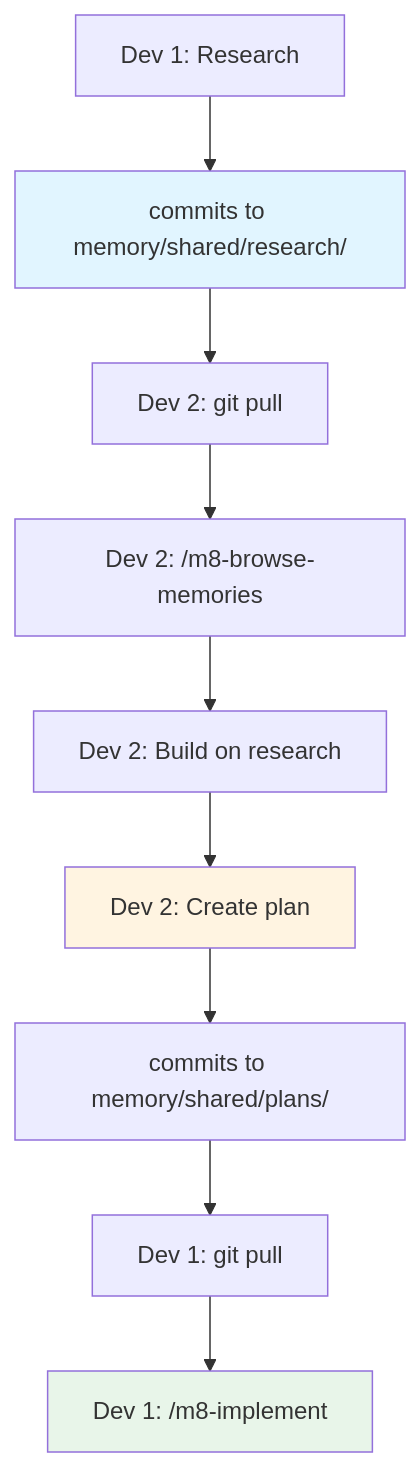
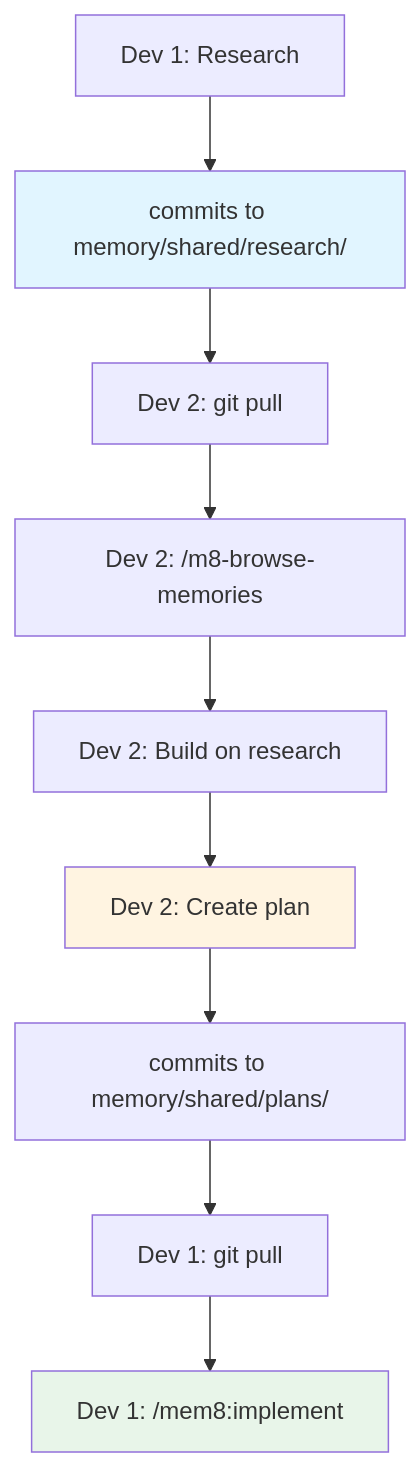
One commit to killerapp/mem8 changed the first of 10 diagrams in documentation/docs/workflows/advanced.md. Above: the diagram before and after it, drawn with Mermaid. The commit also changed 12 other files, not shown here.

````diff
--- a/documentation/docs/workflows/advanced.md
+++ b/documentation/docs/workflows/advanced.md
@@ -9,15 +9,15 @@
 ```mermaid
 graph TB
     A[Dev 1: Research] --> B[commits to memory/shared/research/]
     B --> C[Dev 2: git pull]
     C --> D[Dev 2: /m8-browse-memories]
     D --> E[Dev 2: Build on research]
     E --> F[Dev 2: Create plan]
     F --> G[commits to memory/shared/plans/]
     G --> H[Dev 1: git pull]
-    H --> I[Dev 1: /m8-implement]
+    H --> I[Dev 1: /mem8:implement]
 
     style B fill:#e1f5ff
     style F fill:#fff4e1
     style I fill:#e8f5e9
 ```
````
